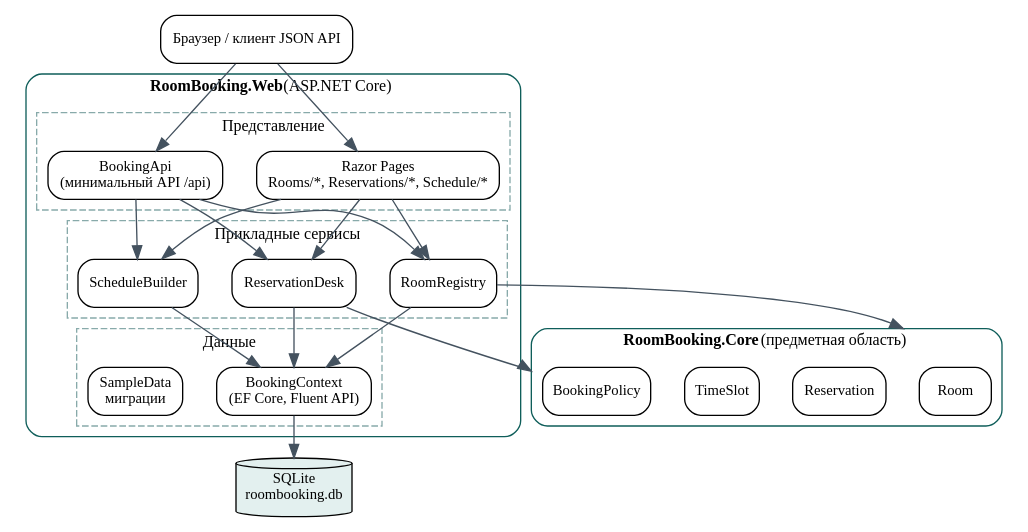
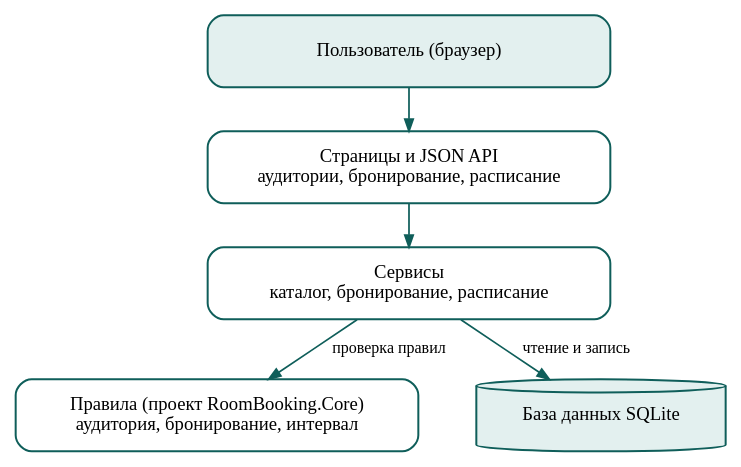
Before and after one commit to Black287234/KP-shahin: the diagram in docs/report/diagrams/layers.dot, drawn with Graphviz. The commit also changed 11 other files, not shown here.

First line of the commit message:
Упрощены схемы, легенда к выделенному правилу, последний слайд — только «Спасибо за внимание»

```diff
--- a/docs/report/diagrams/layers.dot
+++ b/docs/report/diagrams/layers.dot
@@ -1,25 +1,14 @@
 digraph G {
-  graph [rankdir=TB, fontname="Liberation Serif", bgcolor=white, compound=true, nodesep=0.35, ranksep=0.45];
-  node [shape=box, style="rounded,filled", fillcolor="#ffffff", fontname="Liberation Serif", fontsize=11];
-  edge [fontname="Liberation Serif", fontsize=10, color="#44525f"];
-  user [label="Браузер / клиент JSON API", shape=box, style="rounded", fillcolor=white];
-  subgraph cluster_web {
-    label=<<b>RoomBooking.Web</b> (ASP.NET Core)>; style="rounded"; color="#0f5e5a"; fontsize=12;
-    subgraph cluster_ui { label="Представление"; style="dashed"; color="#88aaaa";
-      pages [label="Razor Pages\nRooms/*, Reservations/*, Schedule/*"]; api [label="BookingApi\n(минимальный API /api)"]; }
-    subgraph cluster_app { label="Прикладные сервисы"; style="dashed"; color="#88aaaa";
-      registry [label="RoomRegistry"]; desk [label="ReservationDesk"]; sched [label="ScheduleBuilder"]; }
-    subgraph cluster_data { label="Данные"; style="dashed"; color="#88aaaa";
-      ctx [label="BookingContext\n(EF Core, Fluent API)"]; seed [label="SampleData\nмиграции"]; }
-  }
-  subgraph cluster_core {
-    label=<<b>RoomBooking.Core</b> (предметная область)>; style="rounded"; color="#0f5e5a"; fontsize=12;
-    room [label="Room"]; res [label="Reservation"]; slot [label="TimeSlot"]; pol [label="BookingPolicy"];
-  }
-  db [label="SQLite\nroombooking.db", shape=cylinder, style=filled, fillcolor="#e3f0ef"];
-  user -> pages; user -> api;
-  pages -> registry; pages -> desk; pages -> sched; api -> desk; api -> registry; api -> sched;
-  desk -> pol [lhead=cluster_core]; registry -> room [lhead=cluster_core];
-  desk -> ctx; registry -> ctx; sched -> ctx;
-  ctx -> db;
+  graph [rankdir=TB, fontname="Liberation Serif", bgcolor=white, nodesep=0.6, ranksep=0.45];
+  node [shape=box, style="rounded,filled", fillcolor="#ffffff", color="#0f5e5a", penwidth=1.5, fontname="Liberation Serif", fontsize=14, width=4.2, height=0.75];
+  edge [color="#0f5e5a", penwidth=1.3, arrowsize=0.9];
+  u  [label="Пользователь (браузер)", fillcolor="#e3f0ef"];
+  p  [label="Страницы и JSON API\nаудитории, бронирование, расписание"];
+  s  [label="Сервисы\nкаталог, бронирование, расписание"];
+  c  [label="Правила (проект RoomBooking.Core)\nаудитория, бронирование, интервал"];
+  d  [label="База данных SQLite", shape=cylinder, fillcolor="#e3f0ef", width=2.6];
+  u -> p -> s;
+  s -> c [label="  проверка правил", fontname="Liberation Serif", fontsize=12];
+  s -> d [label="  чтение и запись", fontname="Liberation Serif", fontsize=12];
+  {rank=same; c; d}
 }
```
